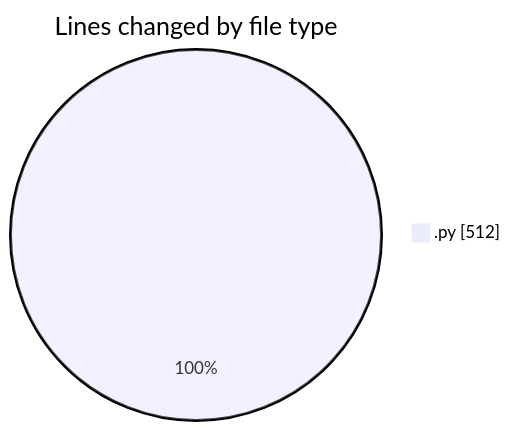
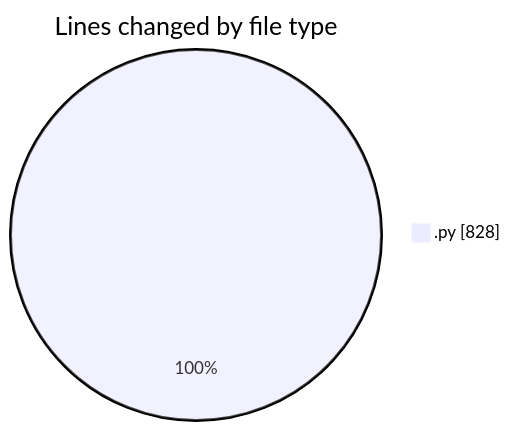
One commit to Ritupan-Deka/code-tracking changed the first of 2 diagrams in 2025-06-29/whiteboard/README.md. Above: the diagram before and after it, drawn with Mermaid. The commit also changed other lines of this file and 1 other file, not shown here.

````diff
--- a/2025-06-29/whiteboard/README.md
+++ b/2025-06-29/whiteboard/README.md
@@ -23,5 +23,5 @@
 ```mermaid
 pie showData
 title Lines changed by file type
-".py" : 512
+".py" : 828
 ```
````
